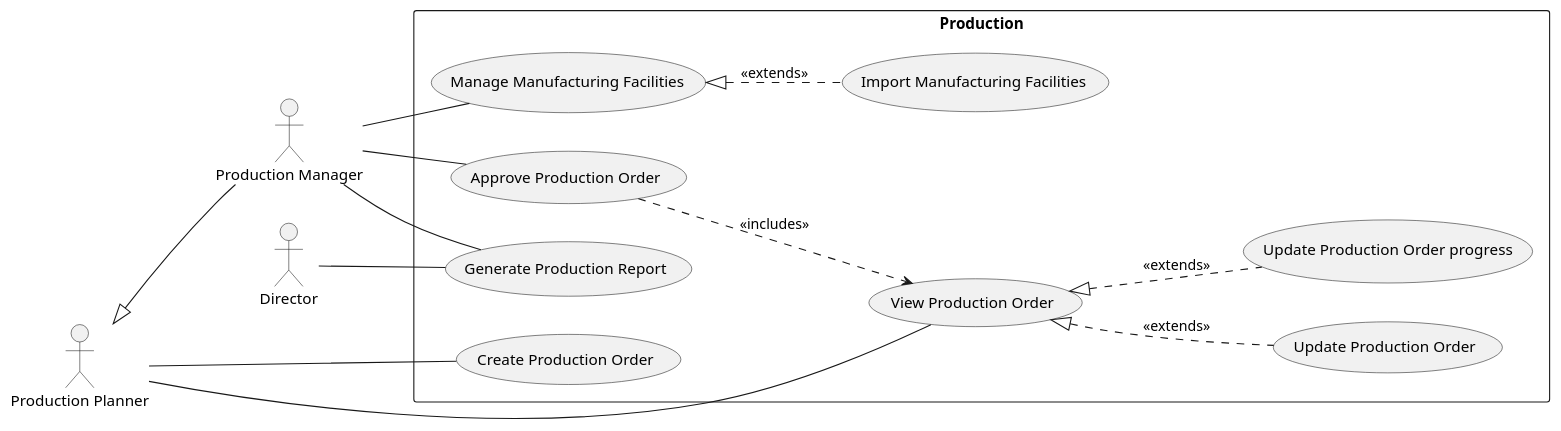
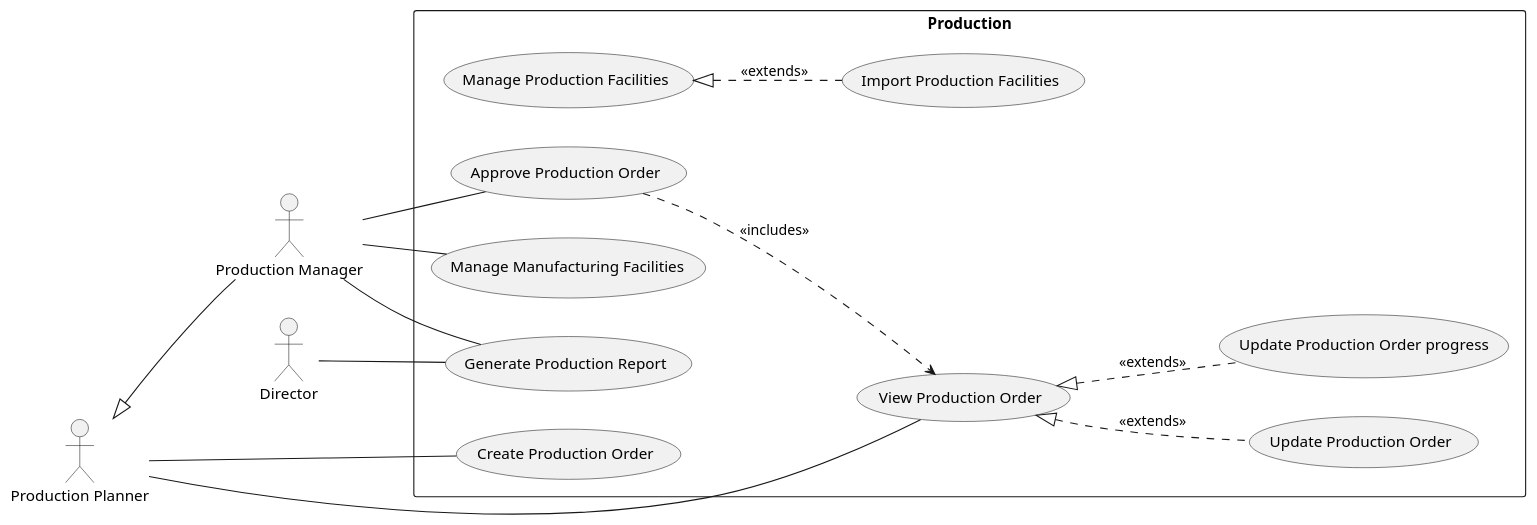
The diagram in use-cases/Production.plantuml (phihungha/scmss-reqs), drawn with PlantUML before and after one commit. The commit also changed 4 other files, not shown here.

```diff
--- a/use-cases/Production.plantuml
+++ b/use-cases/Production.plantuml
@@ -1,24 +1,24 @@
 @startuml production
 left to right direction
 
 :Production Planner: as pp
 :Production Manager: as pm
 pp <|-- pm
 
 :Director: as d
 
 rectangle Production {
   pp -- (View Production Order)
   pp -- (Create Production Order)
   (View Production Order) <|.. (Update Production Order) : <<extends>>
   (View Production Order) <|.. (Update Production Order progress) : <<extends>>
 
   pm -- (Approve Production Order)
   (Approve Production Order) ..> (View Production Order) : <<includes>>
 
   pm -- (Manage Manufacturing Facilities)
-  (Manage Manufacturing Facilities) <|.. (Import Manufacturing Facilities) : <<extends>>
+  (Manage Production Facilities) <|.. (Import Production Facilities) : <<extends>>
   pm -- (Generate Production Report)
   d -- (Generate Production Report)
 }
 @enduml
```
